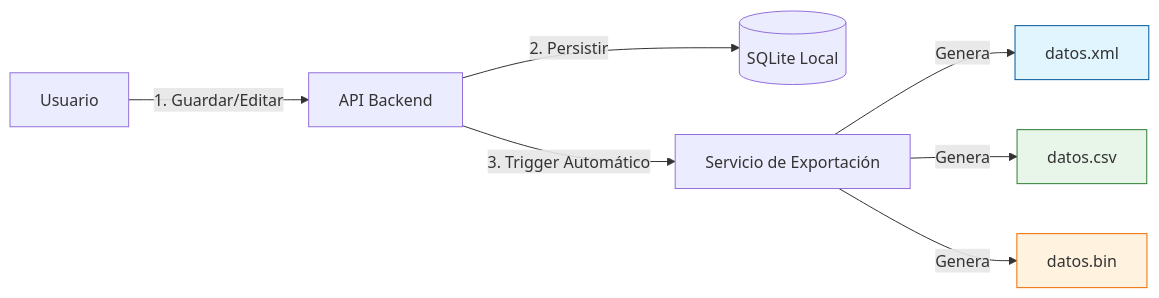
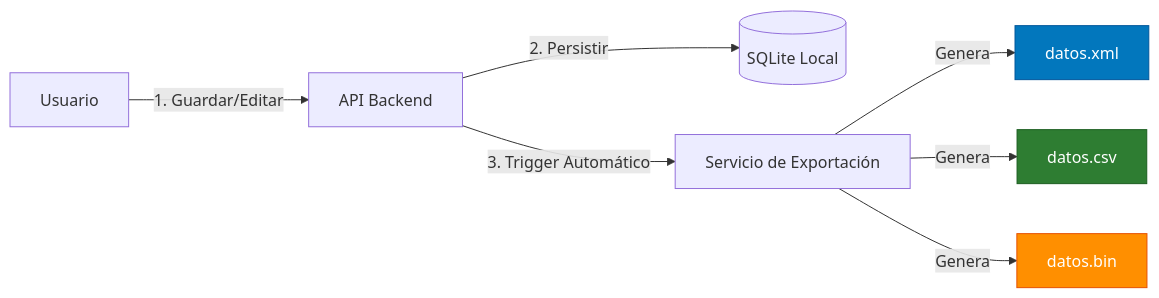
One commit to GaizkaDM/AnuarioMagico changed the second of 2 diagrams in README.md. Above: the diagram before and after it, drawn with Mermaid.

Commit message:
FIX:Correjidos colores readme

````diff
--- a/README.md
+++ b/README.md
@@ -52,15 +52,15 @@
 ```mermaid
 graph LR
     User[Usuario] -- "1. Guardar/Editar" --> API[API Backend]
     API -- "2. Persistir" --> DB[(SQLite Local)]
     
     API -- "3. Trigger Automático" --> Export[Servicio de Exportación]
     
     Export -->|Genera| XML[datos.xml]
     Export -->|Genera| CSV[datos.csv]
     Export -->|Genera| BIN[datos.bin]
     
-    style XML fill:#e1f5fe,stroke:#01579b
-    style CSV fill:#e8f5e9,stroke:#2e7d32
-    style BIN fill:#fff3e0,stroke:#ef6c00
+    style XML fill:#0277bd,stroke:#01579b,color:#ffffff
+    style CSV fill:#2e7d32,stroke:#1b5e20,color:#ffffff
+    style BIN fill:#ff8f00,stroke:#e65100,color:#ffffff
 ```
````
